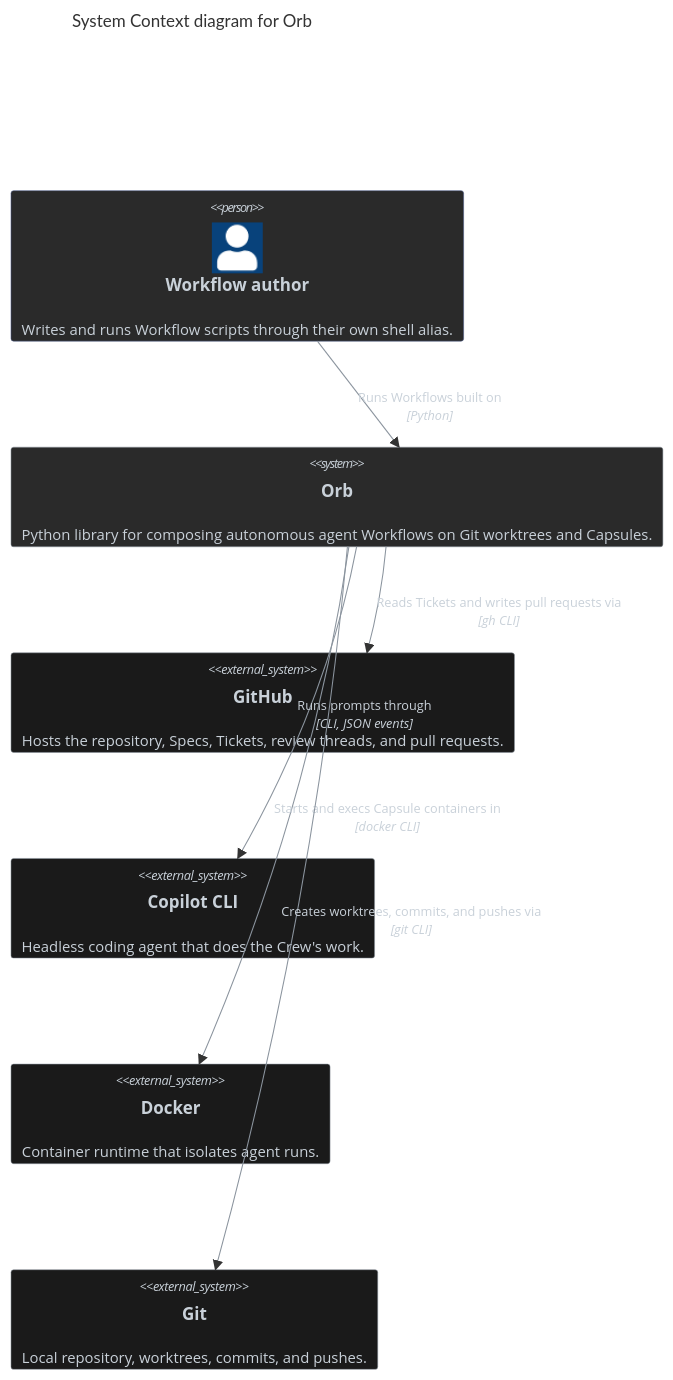
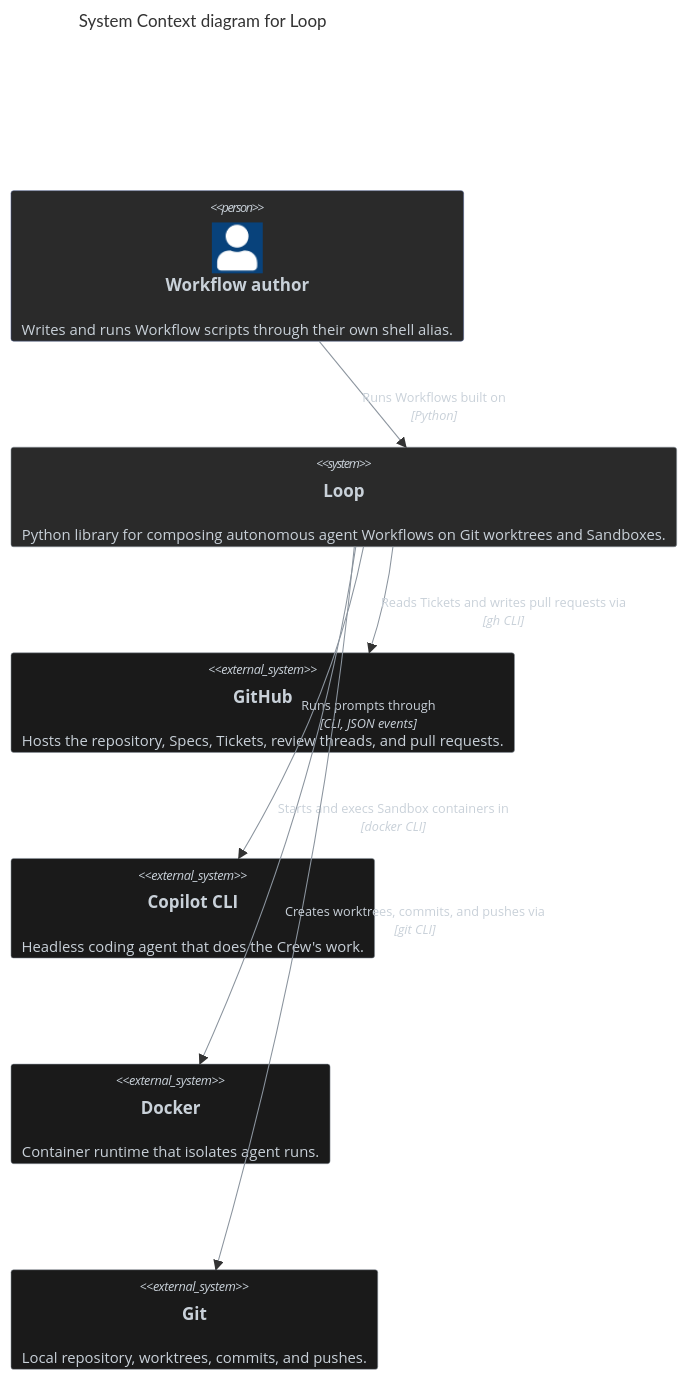
Before and after one commit to antshc/loop: the first of 2 diagrams in docs/building-blocks/system-context.md, drawn with Mermaid. The commit also changed other lines of this file and 102 other files, not shown here.

````diff
--- a/docs/building-blocks/system-context.md
+++ b/docs/building-blocks/system-context.md
@@ -5,38 +5,38 @@
 ```mermaid
 ---
 config:
   c4:
     c4ShapePadding: 20
 ---
-%% diagram-id: orb-system-context
+%% diagram-id: loop-system-context
 C4Context
-    title System Context diagram for Orb
+    title System Context diagram for Loop
 
     Person(author, "Workflow author", "Writes and runs Workflow scripts through their own shell alias.")
 
-    System(orb, "Orb", "Python library for composing autonomous agent Workflows on Git worktrees and Capsules.")
+    System(loop, "Loop", "Python library for composing autonomous agent Workflows on Git worktrees and Sandboxes.")
 
     System_Ext(github, "GitHub", "Hosts the repository, Specs, Tickets, review threads, and pull requests.")
     System_Ext(copilot, "Copilot CLI", "Headless coding agent that does the Crew's work.")
     System_Ext(docker, "Docker", "Container runtime that isolates agent runs.")
     System_Ext(git, "Git", "Local repository, worktrees, commits, and pushes.")
 
-    Rel(author, orb, "Runs Workflows built on", "Python")
-    Rel(orb, github, "Reads Tickets and writes pull requests via", "gh CLI")
-    Rel(orb, copilot, "Runs prompts through", "CLI, JSON events")
-    Rel(orb, docker, "Starts and execs Capsule containers in", "docker CLI")
-    Rel(orb, git, "Creates worktrees, commits, and pushes via", "git CLI")
+    Rel(author, loop, "Runs Workflows built on", "Python")
+    Rel(loop, github, "Reads Tickets and writes pull requests via", "gh CLI")
+    Rel(loop, copilot, "Runs prompts through", "CLI, JSON events")
+    Rel(loop, docker, "Starts and execs Sandbox containers in", "docker CLI")
+    Rel(loop, git, "Creates worktrees, commits, and pushes via", "git CLI")
 
     UpdateElementStyle(author, $fontColor="#c9d1d9", $bgColor="#2a2a2a", $borderColor="#4a5a8a")
-    UpdateElementStyle(orb, $fontColor="#c9d1d9", $bgColor="#2a2a2a", $borderColor="#8b949e")
+    UpdateElementStyle(loop, $fontColor="#c9d1d9", $bgColor="#2a2a2a", $borderColor="#8b949e")
     UpdateElementStyle(github, $fontColor="#c9d1d9", $bgColor="#1a1a1a", $borderColor="#8b949e")
     UpdateElementStyle(copilot, $fontColor="#c9d1d9", $bgColor="#1a1a1a", $borderColor="#8b949e")
     UpdateElementStyle(docker, $fontColor="#c9d1d9", $bgColor="#1a1a1a", $borderColor="#8b949e")
     UpdateElementStyle(git, $fontColor="#c9d1d9", $bgColor="#1a1a1a", $borderColor="#8b949e")
 
-    UpdateRelStyle(author, orb, $textColor="#c9d1d9", $lineColor="#8b949e")
-    UpdateRelStyle(orb, github, $textColor="#c9d1d9", $lineColor="#8b949e")
-    UpdateRelStyle(orb, copilot, $textColor="#c9d1d9", $lineColor="#8b949e")
-    UpdateRelStyle(orb, docker, $textColor="#c9d1d9", $lineColor="#8b949e")
-    UpdateRelStyle(orb, git, $textColor="#c9d1d9", $lineColor="#8b949e")
+    UpdateRelStyle(author, loop, $textColor="#c9d1d9", $lineColor="#8b949e")
+    UpdateRelStyle(loop, github, $textColor="#c9d1d9", $lineColor="#8b949e")
+    UpdateRelStyle(loop, copilot, $textColor="#c9d1d9", $lineColor="#8b949e")
+    UpdateRelStyle(loop, docker, $textColor="#c9d1d9", $lineColor="#8b949e")
+    UpdateRelStyle(loop, git, $textColor="#c9d1d9", $lineColor="#8b949e")
 ```
````
